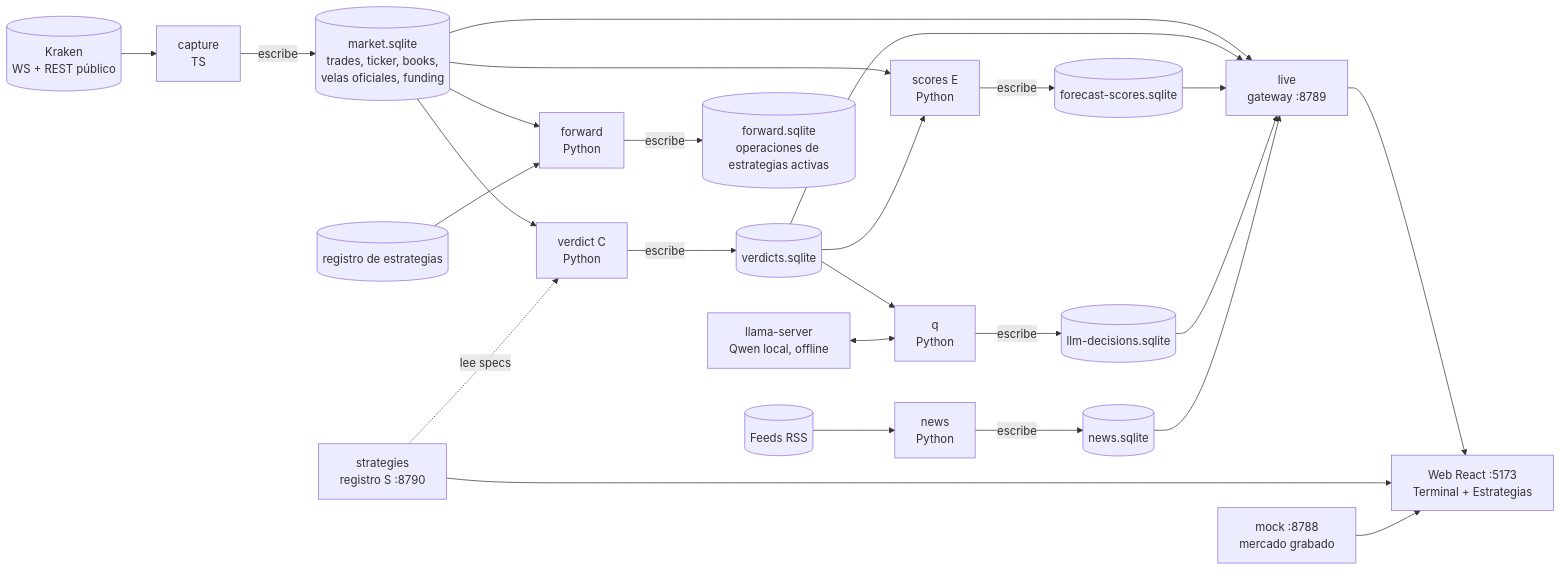
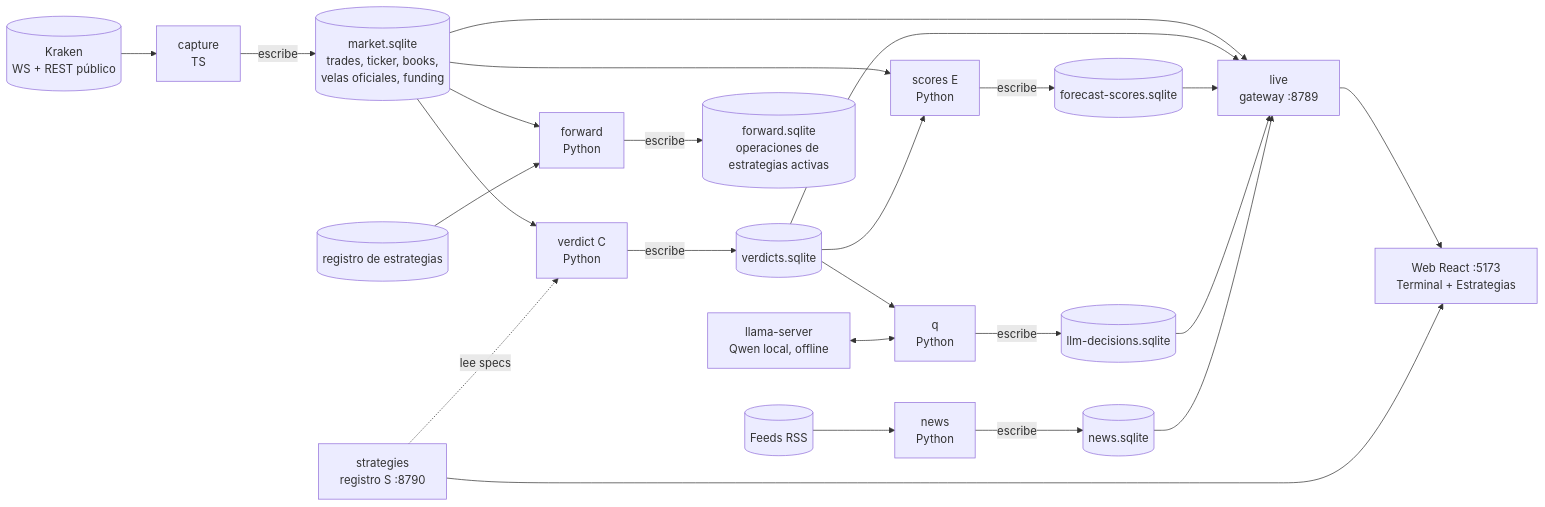
The first of 4 diagrams in README.md (Sevillanof/Balancita), drawn with Mermaid before and after one commit. The commit also changed other lines of this file and 3 other files, not shown here.

````diff
--- a/README.md
+++ b/README.md
@@ -30,23 +30,22 @@
 ```mermaid
 flowchart LR
     K[(Kraken<br/>WS + REST público)] --> A[capture<br/>TS]
     RSS[(Feeds RSS)] --> N[news<br/>Python]
     A -->|escribe| M[(market.sqlite<br/>trades, ticker, books,<br/>velas oficiales, funding)]
     M --> C[verdict C<br/>Python]
     C -->|escribe| V[(verdicts.sqlite)]
     M --> F[forward<br/>Python]
     R[(registro de estrategias)] --> F
     F -->|escribe| P[(forward.sqlite<br/>operaciones de estrategias activas)]
     M --> E[scores E<br/>Python]
     V --> E
     E -->|escribe| S[(forecast-scores.sqlite)]
     V --> Q[q<br/>Python]
     LLM[llama-server<br/>Qwen local, offline] <--> Q
     Q -->|escribe| L[(llm-decisions.sqlite)]
     N -->|escribe| NW[(news.sqlite)]
     REG[strategies<br/>registro S :8790] -.lee specs.-> C
     M & V & S & L & NW --> G[live<br/>gateway :8789]
     G --> W[Web React :5173<br/>Terminal + Estrategias]
     REG --> W
-    MOCK[mock :8788<br/>mercado grabado] --> W
 ```
````
